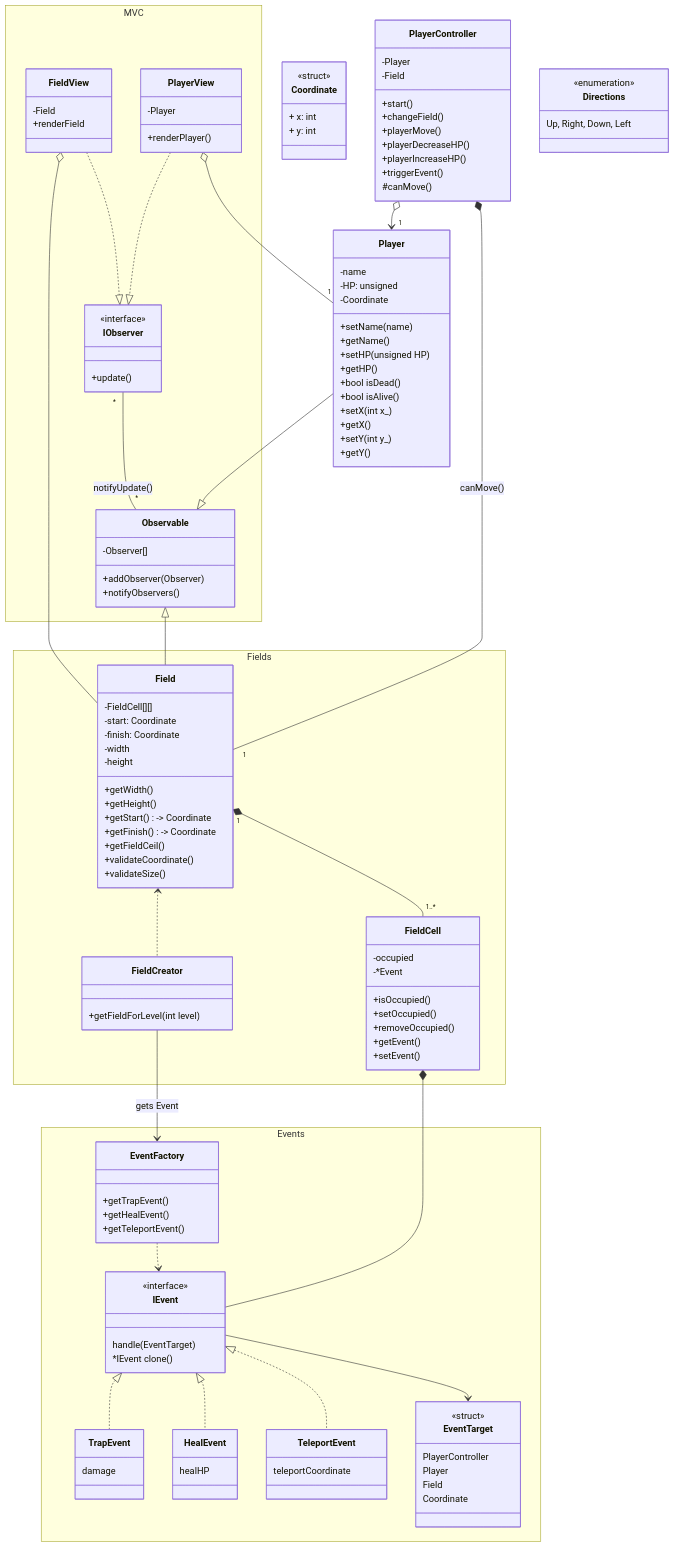
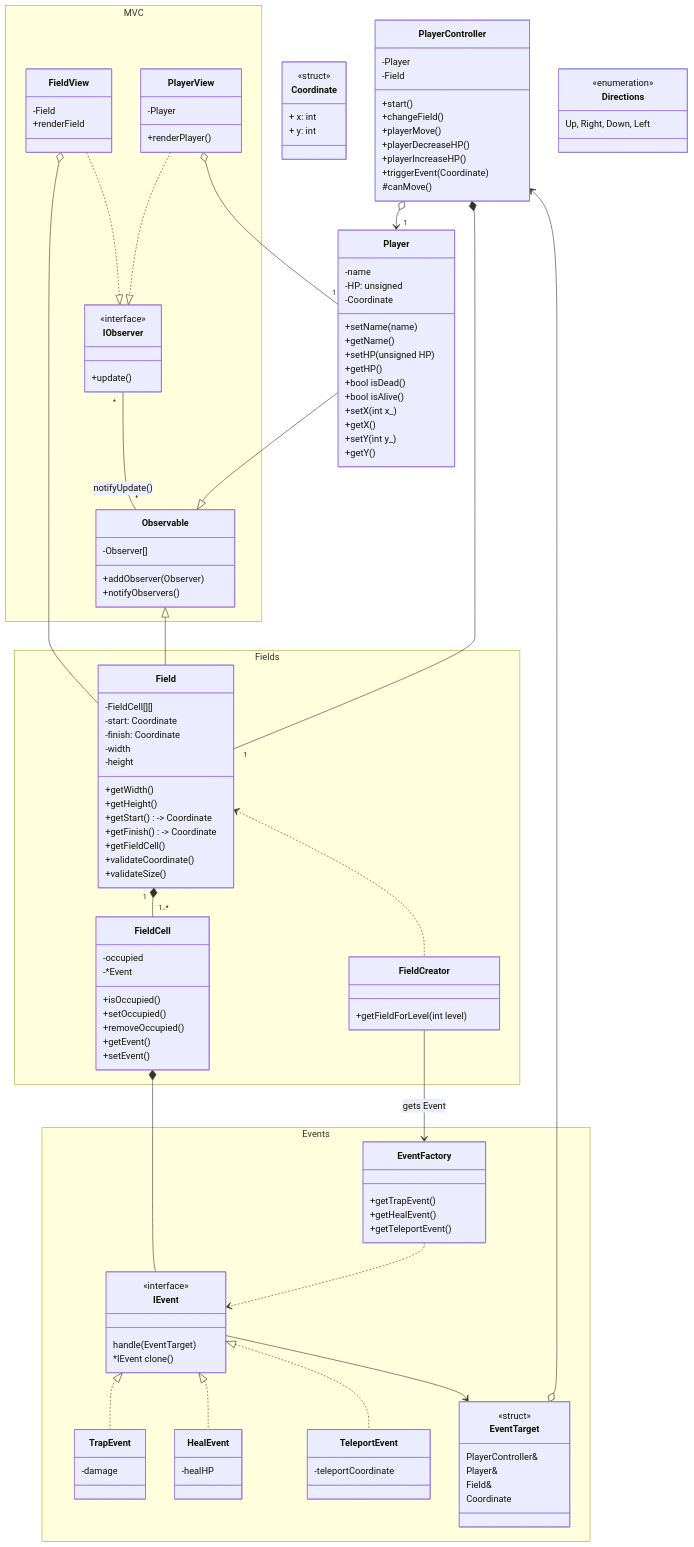
Before and after one commit to TeUm3048/oop_zhandirych: the diagram in class.md, drawn with Mermaid. The commit also changed 11 other files, not shown here.

Commit message:
Rename getFieldCeil to getFieldCell

```diff
--- a/class.md
+++ b/class.md
@@ -19,7 +19,7 @@
         +playerMove()
         +playerDecreaseHP()
         +playerIncreaseHP()
-        +triggerEvent()
+        +triggerEvent(Coordinate)
         #canMove()
     }
     
@@ -57,7 +57,7 @@
         +setY(int y_)
         +getY()
     }
- 
+
     class Directions {
         <<enumeration>>
         Up, Right, Down, Left
@@ -76,7 +76,7 @@
             +setEvent()
         }
         class Field {
-            
+
             -FieldCell[][]
             -start: Coordinate
             -finish: Coordinate
@@ -86,12 +86,11 @@
             +getHeight()
             +getStart() -> Coordinate
             +getFinish() -> Coordinate
-            +getFieldCeil()
+            +getFieldCell()
             +validateCoordinate()
             +validateSize()
         }
     }
-    Field <.. FieldCreator
     namespace Events {
         class IEvent {
             <<interface>>
@@ -100,20 +99,20 @@
         }
         class EventTarget {
             <<struct>>
-            PlayerController
-            Player
-            Field
+            PlayerController&
+            Player&
+            Field&
             Coordinate
         }
 
         class TrapEvent {
-            damage
+            -damage
         }
         class HealEvent {
-            healHP
+            -healHP
         }
         class TeleportEvent {
-            teleportCoordinate
+            -teleportCoordinate
         }
         class EventFactory {
             +getTrapEvent()
@@ -127,18 +126,23 @@
     PlayerView o-- "1" Player
     PlayerController o--> "1" Player
     Field "1" *-- "1..*" FieldCell
-    PlayerController *-- "1" Field: canMove()
+    PlayerController *-- "1" Field
     FieldCell *-- IEvent
     IEvent <|.. TrapEvent
     IEvent <|.. HealEvent
     IEvent <|.. TeleportEvent
     IEvent --> EventTarget
-%%    EventTarget --> PlayerController
-%%    EventTarget *-- Player
-%%    EventTarget --> Field
+
     FieldCreator --> EventFactory: gets Event
     EventFactory ..> IEvent
+    Field <.. FieldCreator
+
+%%    TrapEvent --> PlayerController: playerDecreaseHP()
+%%    HealEvent --> PlayerController: playerIncreaseHP()
+%%    TeleportEvent --> PlayerController: playerMove()
     
+%%    PlayerController "triggerEvent" -->"handle()" IEvent: 
+    EventTarget o--> PlayerController
     FieldView o-- Field
     FieldView ..|> IObserver
     Observable <|-- Field
```
